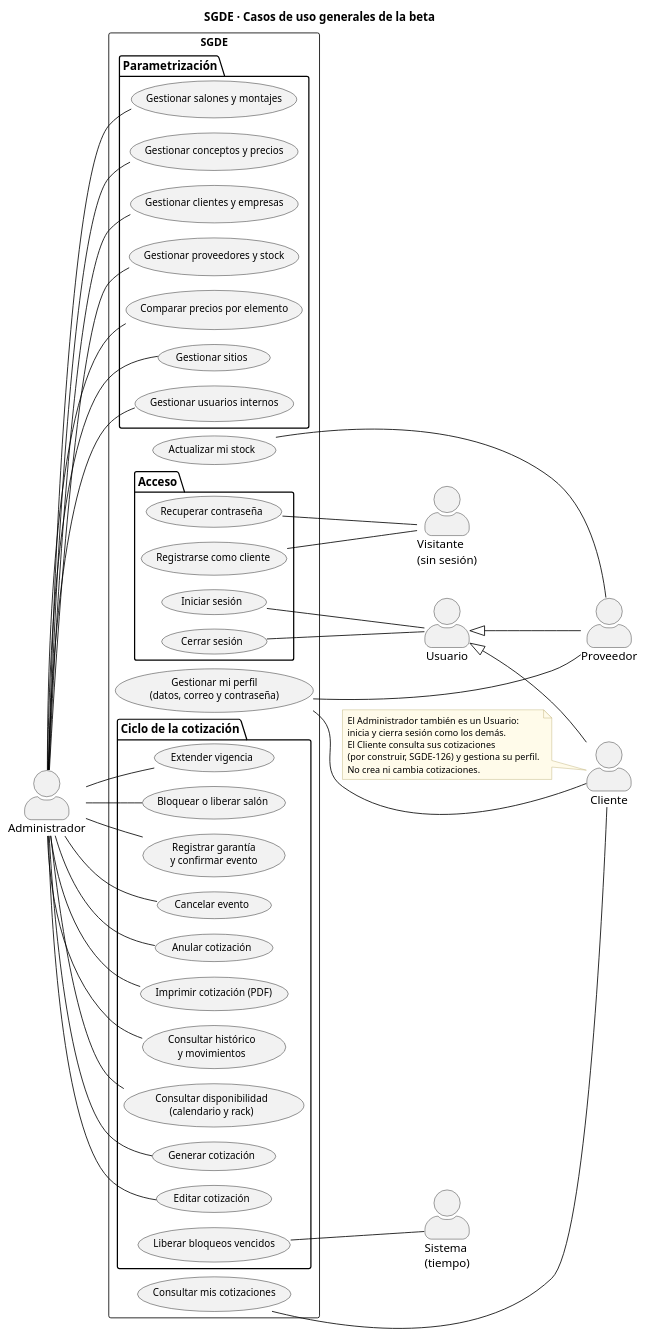
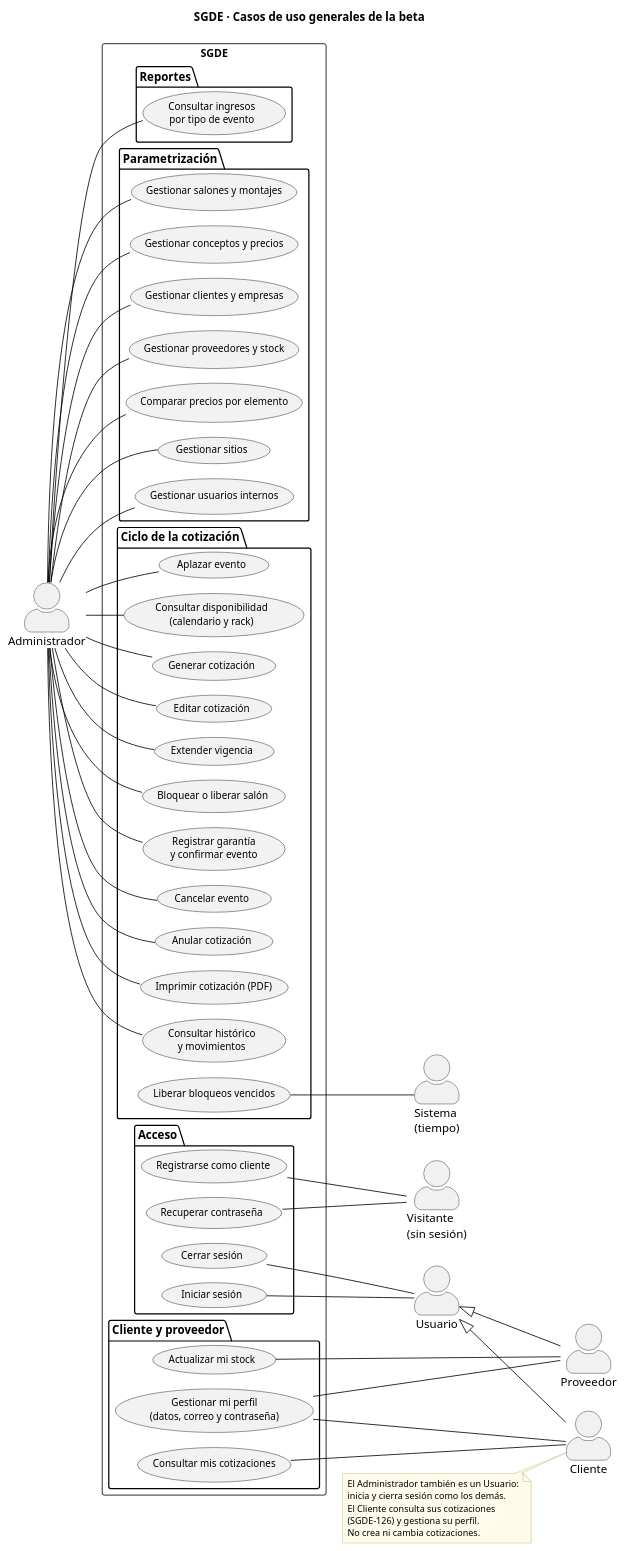
The diagram in docs/casos_uso_sgde/SGDE-00_Casos_de_uso_general.puml (AndreCamx2/Gestion-De-Eventos), drawn with PlantUML before and after one commit. The commit also changed 25 other files, not shown here.

Commit message:
docs(casos-de-uso): alinear casos de uso con el sistema y agregar aplazar, ingresos y mis cotizaciones

```diff
--- a/docs/casos_uso_sgde/SGDE-00_Casos_de_uso_general.puml
+++ b/docs/casos_uso_sgde/SGDE-00_Casos_de_uso_general.puml
@@ -1,98 +1,106 @@
 @startuml SGDE-00_Casos_de_uso_general
 !pragma layout smetana
 left to right direction
 skinparam backgroundColor white
 skinparam usecase {
   BackgroundColor #F2F2F2
   BorderColor black
   FontSize 12
 }
 skinparam rectangle {
   BorderColor black
   FontSize 13
   FontStyle bold
 }
 skinparam note {
   BackgroundColor #FFFBEA
   BorderColor #B8A86B
   FontSize 11
 }
 skinparam ArrowColor black
 skinparam actorStyle awesome
 title SGDE · Casos de uso generales de la beta
 
 actor "Administrador" as AD
 
 rectangle "SGDE" {
   package "Parametrización" {
     usecase "Gestionar sitios" as UC_SITIOS
     usecase "Gestionar usuarios internos" as UC_USUARIOS
     usecase "Gestionar salones y montajes" as UC_SALONES
     usecase "Gestionar conceptos y precios" as UC_CONCEPTOS
     usecase "Gestionar clientes y empresas" as UC_CLIENTES
     usecase "Gestionar proveedores y stock" as UC_PROVEEDORES
     usecase "Comparar precios por elemento" as UC_COMPARAR
   }
   package "Ciclo de la cotización" {
     usecase "Consultar disponibilidad\n(calendario y rack)" as UC_DISPO
     usecase "Generar cotización" as UC_COTIZAR
     usecase "Editar cotización" as UC_EDITAR
     usecase "Extender vigencia" as UC_VIGENCIA
     usecase "Bloquear o liberar salón" as UC_BLOQUEO
     usecase "Registrar garantía\ny confirmar evento" as UC_CONFIRMAR
     usecase "Cancelar evento" as UC_CANCELAR
     usecase "Anular cotización" as UC_ANULAR
     usecase "Imprimir cotización (PDF)" as UC_PDF
     usecase "Consultar histórico\ny movimientos" as UC_HISTORICO
+    usecase "Aplazar evento" as UC_APLAZAR
     usecase "Liberar bloqueos vencidos" as UC_LIBERAR_AUTO
   }
-  package "Acceso" {
+  package "Reportes" {
+    usecase "Consultar ingresos\npor tipo de evento" as UC_INGRESOS
+  }
+    package "Acceso" {
     usecase "Iniciar sesión" as UC_LOGIN
     usecase "Cerrar sesión" as UC_LOGOUT
     usecase "Recuperar contraseña" as UC_CLAVE
     usecase "Registrarse como cliente" as UC_REG
   }
-  usecase "Actualizar mi stock" as UC_MISTOCK
-  usecase "Consultar mis cotizaciones" as UC_MISCOT
-  usecase "Gestionar mi perfil\n(datos, correo y contraseña)" as UC_PERFIL
+  package "Cliente y proveedor" {
+    usecase "Actualizar mi stock" as UC_MISTOCK
+    usecase "Consultar mis cotizaciones" as UC_MISCOT
+    usecase "Gestionar mi perfil\n(datos, correo y contraseña)" as UC_PERFIL
+  }
 }
 
 actor "Usuario" as US
 actor "Proveedor" as PR
 actor "Cliente" as CL
 actor "Visitante\n(sin sesión)" as VI
 actor "Sistema\n(tiempo)" as SIS
 
 AD -- UC_SITIOS
 AD -- UC_USUARIOS
 AD -- UC_SALONES
 AD -- UC_CONCEPTOS
 AD -- UC_CLIENTES
 AD -- UC_PROVEEDORES
 AD -- UC_COMPARAR
 AD -- UC_DISPO
 AD -- UC_COTIZAR
 AD -- UC_EDITAR
 AD -- UC_VIGENCIA
 AD -- UC_BLOQUEO
 AD -- UC_CONFIRMAR
 AD -- UC_CANCELAR
 AD -- UC_ANULAR
 AD -- UC_PDF
 AD -- UC_HISTORICO
+AD -- UC_APLAZAR
+AD -- UC_INGRESOS
 
 UC_LOGIN -- US
 UC_LOGOUT -- US
 UC_MISTOCK -- PR
 UC_PERFIL -- PR
 UC_PERFIL -- CL
 UC_MISCOT -- CL
 UC_CLAVE -- VI
 UC_REG -- VI
 UC_LIBERAR_AUTO -- SIS
 US <|-- PR
 US <|-- CL
 
-note "El Administrador también es un Usuario:\ninicia y cierra sesión como los demás.\nEl Cliente consulta sus cotizaciones\n(por construir, SGDE-126) y gestiona su perfil.\nNo crea ni cambia cotizaciones." as N1
+note "El Administrador también es un Usuario:\ninicia y cierra sesión como los demás.\nEl Cliente consulta sus cotizaciones\n(SGDE-126) y gestiona su perfil.\nNo crea ni cambia cotizaciones." as N1
 N1 .. CL
 @enduml
```
